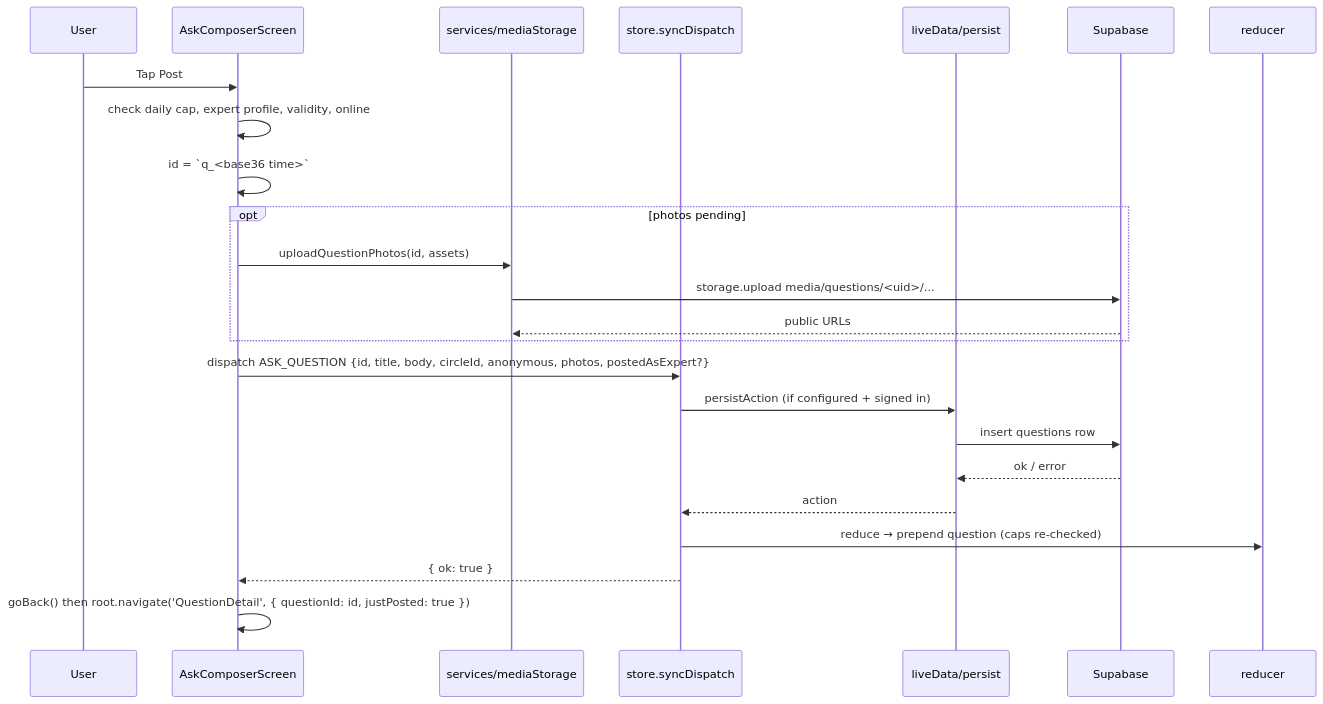
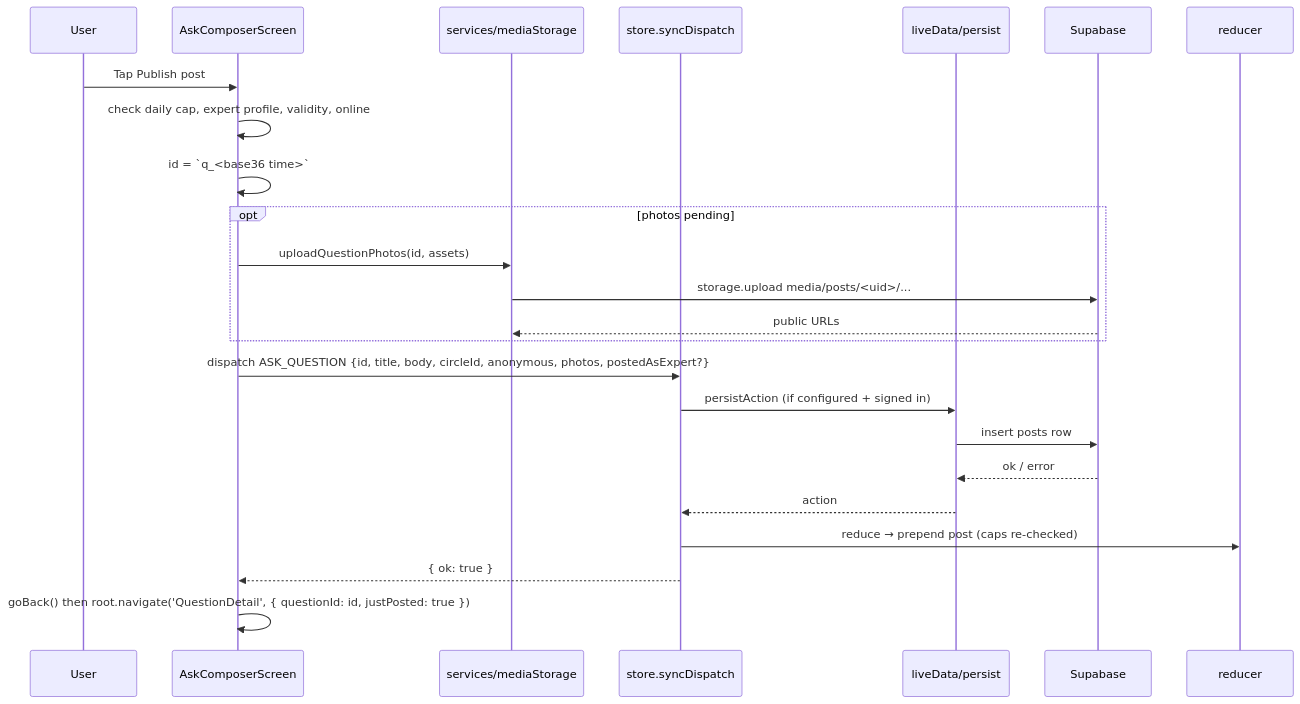
One commit to Chautari20/chautari changed the second of 4 diagrams in docs/APP_MAP.md. Above: the diagram before and after it, drawn with Mermaid. The commit also changed other lines of this file and 32 other files, not shown here.

First line of the commit message:
Rename questions to posts across app copy, Supabase schema (014) and docs; fix replies by applying 010

````diff
--- a/docs/APP_MAP.md
+++ b/docs/APP_MAP.md
@@ -395,26 +397,26 @@
 ```mermaid
 sequenceDiagram
   participant U as User
   participant AC as AskComposerScreen
   participant MS as services/mediaStorage
   participant SD as store.syncDispatch
   participant PA as liveData/persist
   participant SB as Supabase
   participant R as reducer
-  U->>AC: Tap Post
+  U->>AC: Tap Publish post
   AC->>AC: check daily cap, expert profile, validity, online
   AC->>AC: id = `q_<base36 time>`
   opt photos pending
     AC->>MS: uploadQuestionPhotos(id, assets)
-    MS->>SB: storage.upload media/questions/<uid>/...
+    MS->>SB: storage.upload media/posts/<uid>/...
     SB-->>MS: public URLs
   end
   AC->>SD: dispatch ASK_QUESTION {id, title, body, circleId, anonymous, photos, postedAsExpert?}
   SD->>PA: persistAction (if configured + signed in)
-  PA->>SB: insert questions row
+  PA->>SB: insert posts row
   SB-->>PA: ok / error
   PA-->>SD: action
-  SD->>R: reduce → prepend question (caps re-checked)
+  SD->>R: reduce → prepend post (caps re-checked)
   SD-->>AC: { ok: true }
   AC->>AC: goBack() then root.navigate('QuestionDetail', { questionId: id, justPosted: true })
 ```
````
